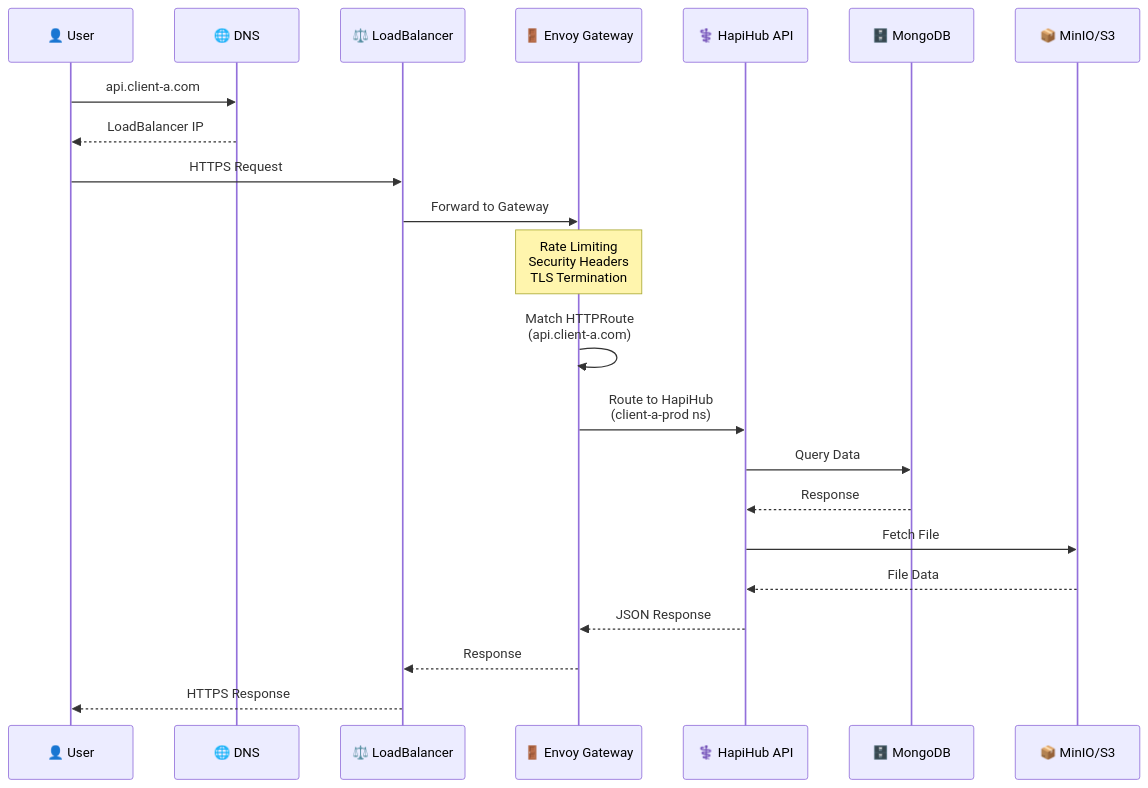
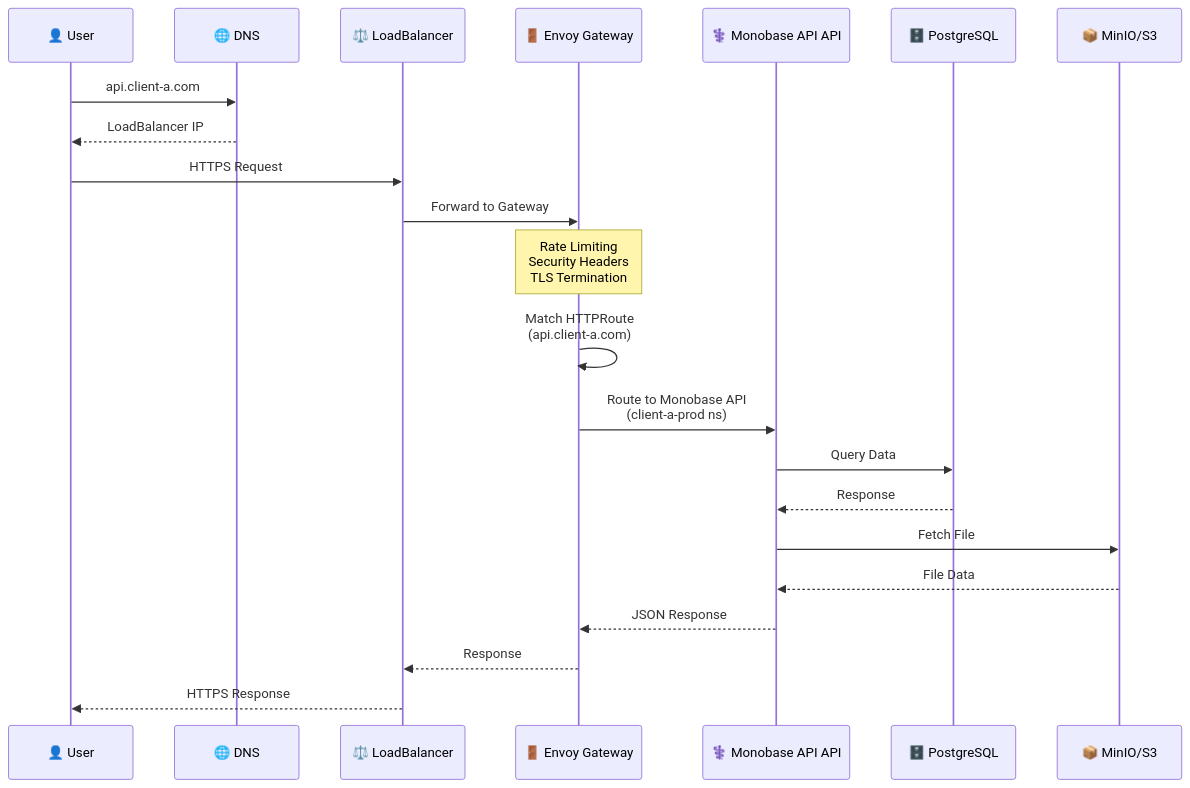
One commit to mycurelabs/monobase-infra changed the second of 3 diagrams in docs/ARCHITECTURE.md. Above: the diagram before and after it, drawn with Mermaid. The commit also changed other lines of this file and 100 other files, not shown here.

First line of the commit message:
feat: Migrate from MongoDB to PostgreSQL and rename applications

````diff
--- a/docs/ARCHITECTURE.md
+++ b/docs/ARCHITECTURE.md
@@ -114,25 +114,25 @@
 ```mermaid
 sequenceDiagram
     participant U as 👤 User
     participant DNS as 🌐 DNS
     participant LB as ⚖️ LoadBalancer
     participant GW as 🚪 Envoy Gateway
-    participant API as ⚕️ HapiHub API
-    participant DB as 🗄️ MongoDB
+    participant API as ⚕️ Monobase API API
+    participant DB as 🗄️ PostgreSQL
     participant S3 as 📦 MinIO/S3
     
     U->>DNS: api.client-a.com
     DNS-->>U: LoadBalancer IP
     U->>LB: HTTPS Request
     LB->>GW: Forward to Gateway
     Note over GW: Rate Limiting<br/>Security Headers<br/>TLS Termination
     GW->>GW: Match HTTPRoute<br/>(api.client-a.com)
-    GW->>API: Route to HapiHub<br/>(client-a-prod ns)
+    GW->>API: Route to Monobase API<br/>(client-a-prod ns)
     API->>DB: Query Data
     DB-->>API: Response
     API->>S3: Fetch File
     S3-->>API: File Data
     API-->>GW: JSON Response
     GW-->>LB: Response
     LB-->>U: HTTPS Response
 ```
````
